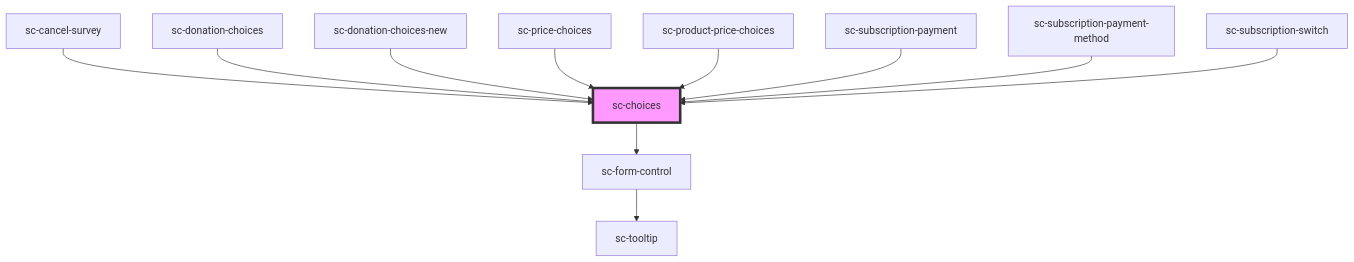
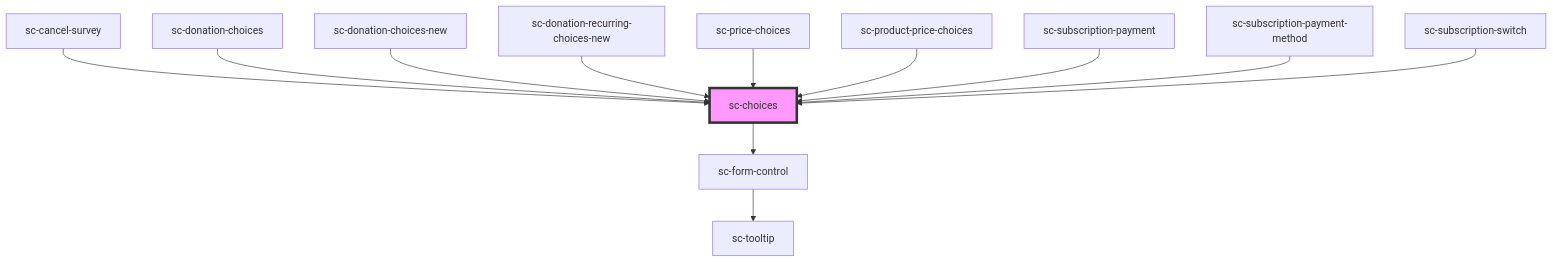
One commit to surecart/surecart-wp-plugin changed the diagram in packages/components/src/components/ui/choices/readme.md. Above: the diagram before and after it, drawn with Mermaid. The commit also changed other lines of this file and 18 other files, not shown here.

Commit message:
Added new component for recurring choices

````diff
--- a/packages/components/src/components/ui/choices/readme.md
+++ b/packages/components/src/components/ui/choices/readme.md
@@ -65,14 +66,15 @@
 ```mermaid
 graph TD;
   sc-choices --> sc-form-control
   sc-form-control --> sc-tooltip
   sc-cancel-survey --> sc-choices
   sc-donation-choices --> sc-choices
   sc-donation-choices-new --> sc-choices
+  sc-donation-recurring-choices-new --> sc-choices
   sc-price-choices --> sc-choices
   sc-product-price-choices --> sc-choices
   sc-subscription-payment --> sc-choices
   sc-subscription-payment-method --> sc-choices
   sc-subscription-switch --> sc-choices
   style sc-choices fill:#f9f,stroke:#333,stroke-width:4px
 ```
````
